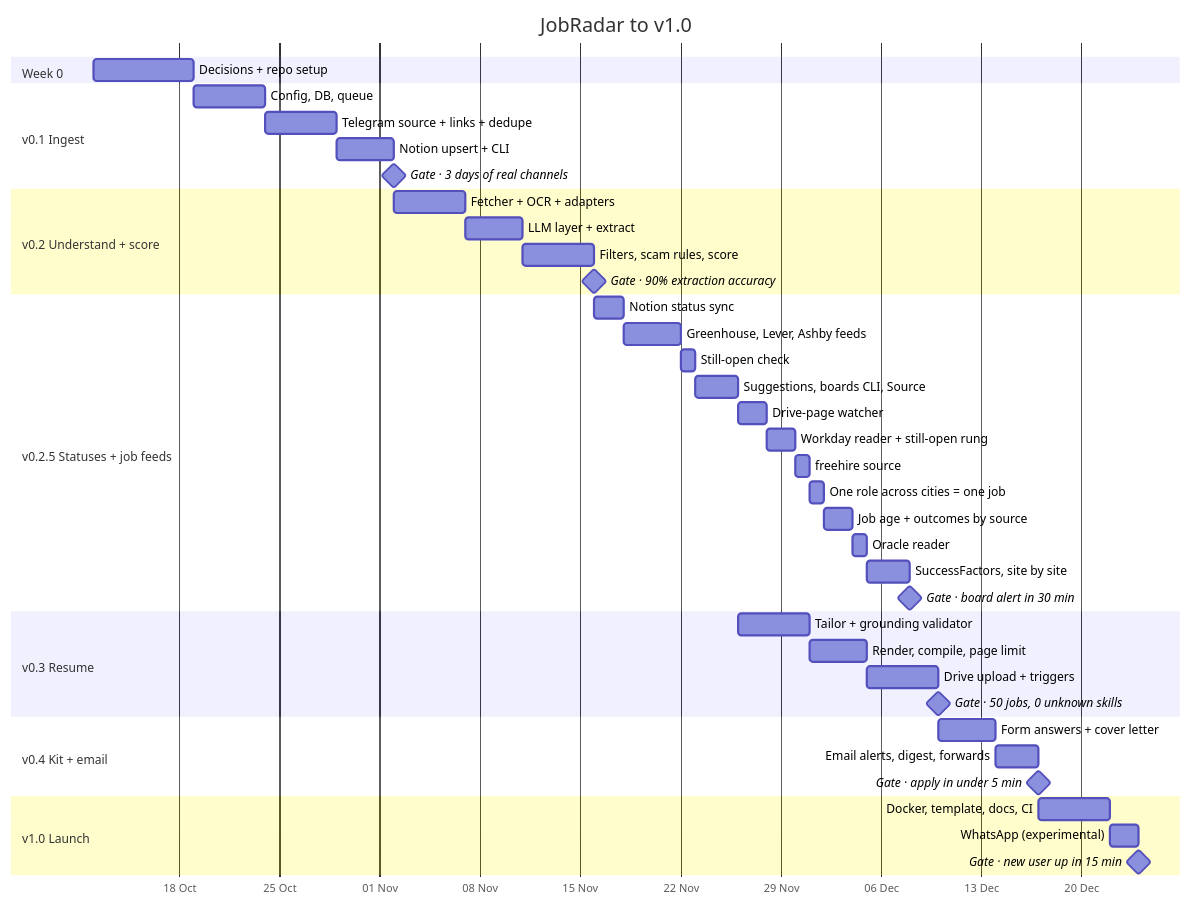
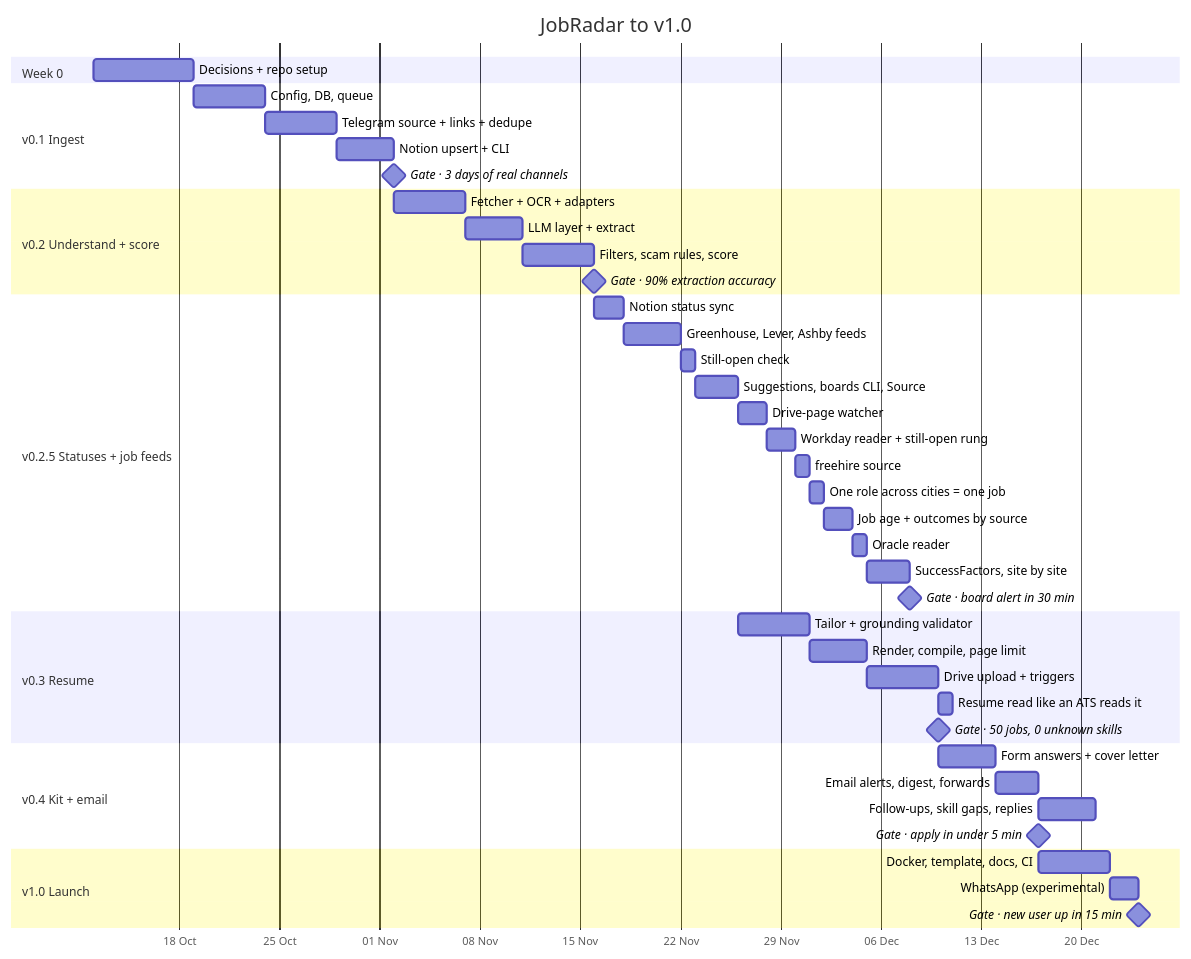
One commit to ThePlator/JobRadar changed the first of 2 diagrams in PLAN.md. Above: the diagram before and after it, drawn with Mermaid. The commit also changed other lines of this file, not shown here.

````diff
--- a/PLAN.md
+++ b/PLAN.md
@@ -9,51 +9,53 @@
 ```mermaid
 gantt
     title JobRadar to v1.0
     dateFormat YYYY-MM-DD
     axisFormat %d %b
 
     section Week 0
     Decisions + repo setup           :w0, 2026-10-12, 7d
 
     section v0.1 Ingest
     Config, DB, queue                :a1, after w0, 5d
     Telegram source + links + dedupe :a2, after a1, 5d
     Notion upsert + CLI              :a3, after a2, 4d
     Gate · 3 days of real channels    :milestone, g1, after a3, 0d
 
     section v0.2 Understand + score
     Fetcher + OCR + adapters         :b1, after a3, 5d
     LLM layer + extract              :b2, after b1, 4d
     Filters, scam rules, score       :b3, after b2, 5d
     Gate · 90% extraction accuracy    :milestone, g2, after b3, 0d
 
     section v0.2.5 Statuses + job feeds
     Notion status sync               :f1, after b3, 2d
     Greenhouse, Lever, Ashby feeds   :f2, after f1, 4d
     Still-open check                 :f4, after f2, 1d
     Suggestions, boards CLI, Source  :f3, after f4, 3d
     Drive-page watcher               :f5, after f3, 2d
     Workday reader + still-open rung :f6, after f5, 2d
     freehire source                  :f9, after f6, 1d
     One role across cities = one job :f10, after f9, 1d
     Job age + outcomes by source     :f7, after f10, 2d
     Oracle reader                    :f11, after f7, 1d
     SuccessFactors, site by site     :f8, after f11, 3d
     Gate · board alert in 30 min      :milestone, gf, after f8, 0d
 
     section v0.3 Resume
     Tailor + grounding validator     :c1, after f3, 5d
     Render, compile, page limit      :c2, after c1, 4d
     Drive upload + triggers          :c3, after c2, 5d
+    Resume read like an ATS reads it :c4, after c3, 1d
     Gate · 50 jobs, 0 unknown skills  :milestone, g3, after c3, 0d
 
     section v0.4 Kit + email
     Form answers + cover letter      :d1, after c3, 4d
     Email alerts, digest, forwards   :d2, after d1, 3d
+    Follow-ups, skill gaps, replies  :d3, after d2, 4d
     Gate · apply in under 5 min       :milestone, g4, after d2, 0d
 
     section v1.0 Launch
     Docker, template, docs, CI       :e1, after d2, 5d
     WhatsApp (experimental)          :e2, after e1, 2d
     Gate · new user up in 15 min      :milestone, g5, after e2, 0d
 ```
````
